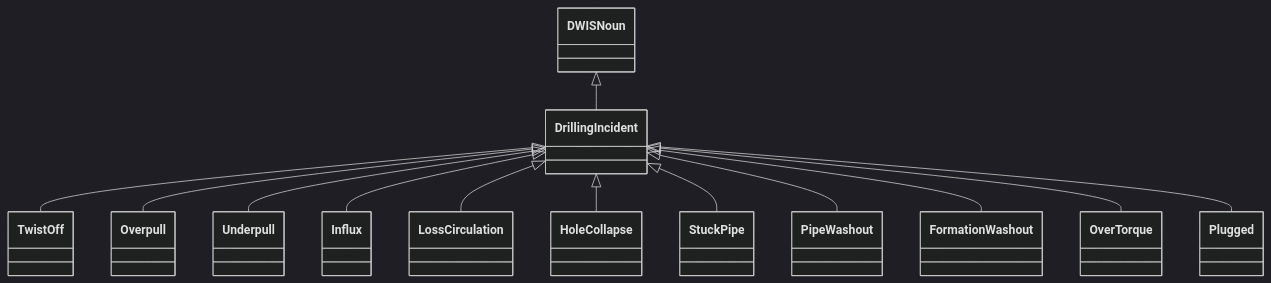
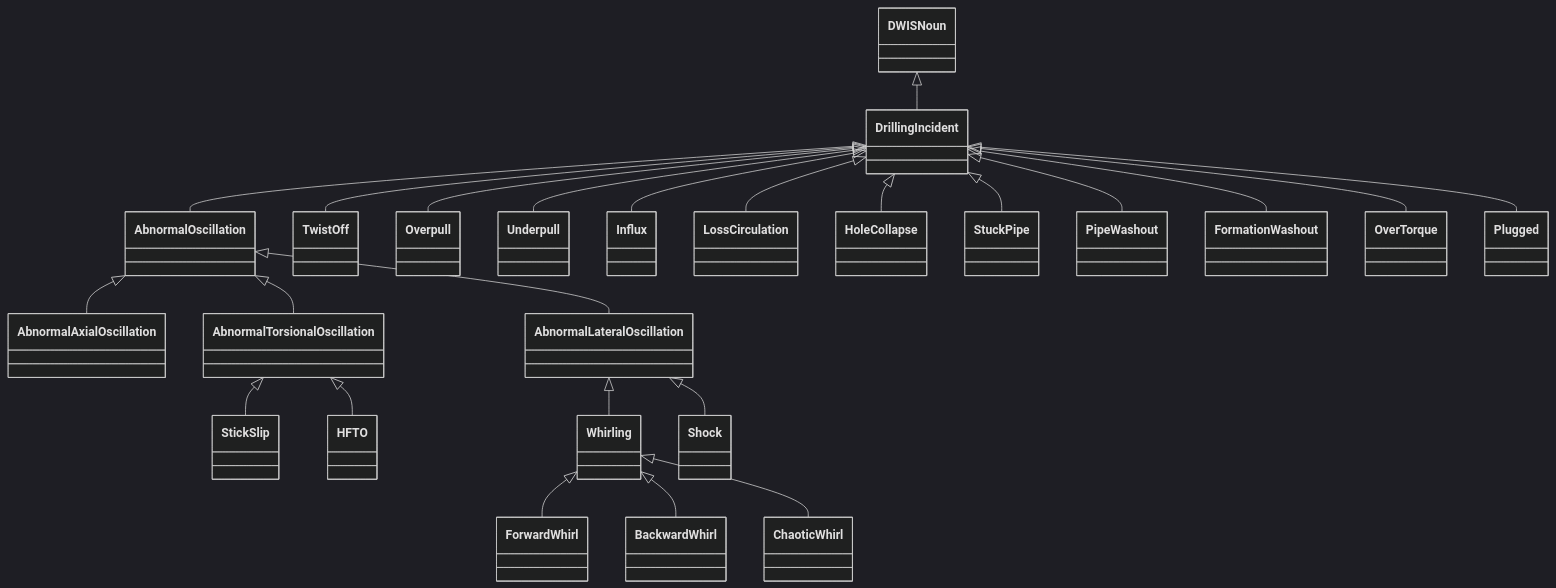
One commit to D-WIS/DDHub-Semantic-Interoperability changed the first of 3 diagrams in docs/vocabulary_development/auto-generated/md/definition-files/DrillingIncident.md. Above: the diagram before and after it, drawn with Mermaid (dark theme). The commit also changed other lines of this file and 9 other files, not shown here.

````diff
--- a/docs/vocabulary_development/auto-generated/md/definition-files/DrillingIncident.md
+++ b/docs/vocabulary_development/auto-generated/md/definition-files/DrillingIncident.md
@@ -8,15 +8,26 @@
 ```mermaid
 classDiagram
 DWISNoun <|-- DrillingIncident
+DrillingIncident <|-- AbnormalOscillation
+AbnormalOscillation <|-- AbnormalAxialOscillation
+AbnormalOscillation <|-- AbnormalTorsionalOscillation
+AbnormalOscillation <|-- AbnormalLateralOscillation
+AbnormalTorsionalOscillation <|-- StickSlip
+AbnormalTorsionalOscillation <|-- HFTO
+AbnormalLateralOscillation <|-- Whirling
+Whirling <|-- ForwardWhirl
+Whirling <|-- BackwardWhirl
+Whirling <|-- ChaoticWhirl
+AbnormalLateralOscillation <|-- Shock
 DrillingIncident <|-- TwistOff
 DrillingIncident <|-- Overpull
 DrillingIncident <|-- Underpull
 DrillingIncident <|-- Influx
 DrillingIncident <|-- LossCirculation
 DrillingIncident <|-- HoleCollapse
 DrillingIncident <|-- StuckPipe
 DrillingIncident <|-- PipeWashout
 DrillingIncident <|-- FormationWashout
 DrillingIncident <|-- OverTorque
 DrillingIncident <|-- Plugged
 ```
````
